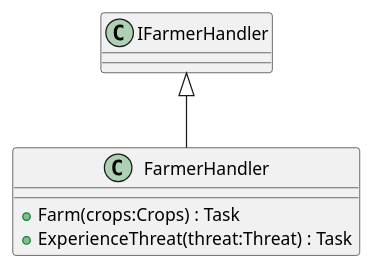
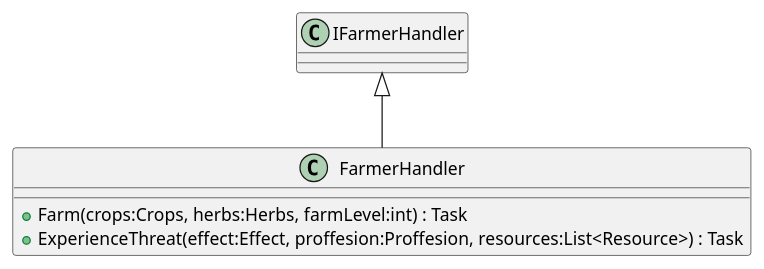
The diagram in UmlSchemas/ProjectSchema/Handlers/ProfessionHandlers/FarmerHandler.puml (kollibroman/ColonySimulator), drawn with PlantUML before and after one commit. The commit also changed 91 other files, not shown here.

```diff
--- a/UmlSchemas/ProjectSchema/Handlers/ProfessionHandlers/FarmerHandler.puml
+++ b/UmlSchemas/ProjectSchema/Handlers/ProfessionHandlers/FarmerHandler.puml
@@ -1,7 +1,7 @@
 @startuml
 class FarmerHandler {
-    + Farm(crops:Crops) : Task
-    + ExperienceThreat(threat:Threat) : Task
+    + Farm(crops:Crops, herbs:Herbs, farmLevel:int) : Task
+    + ExperienceThreat(effect:Effect, proffesion:Proffesion, resources:List<Resource>) : Task
 }
 IFarmerHandler <|-- FarmerHandler
 @enduml
```
